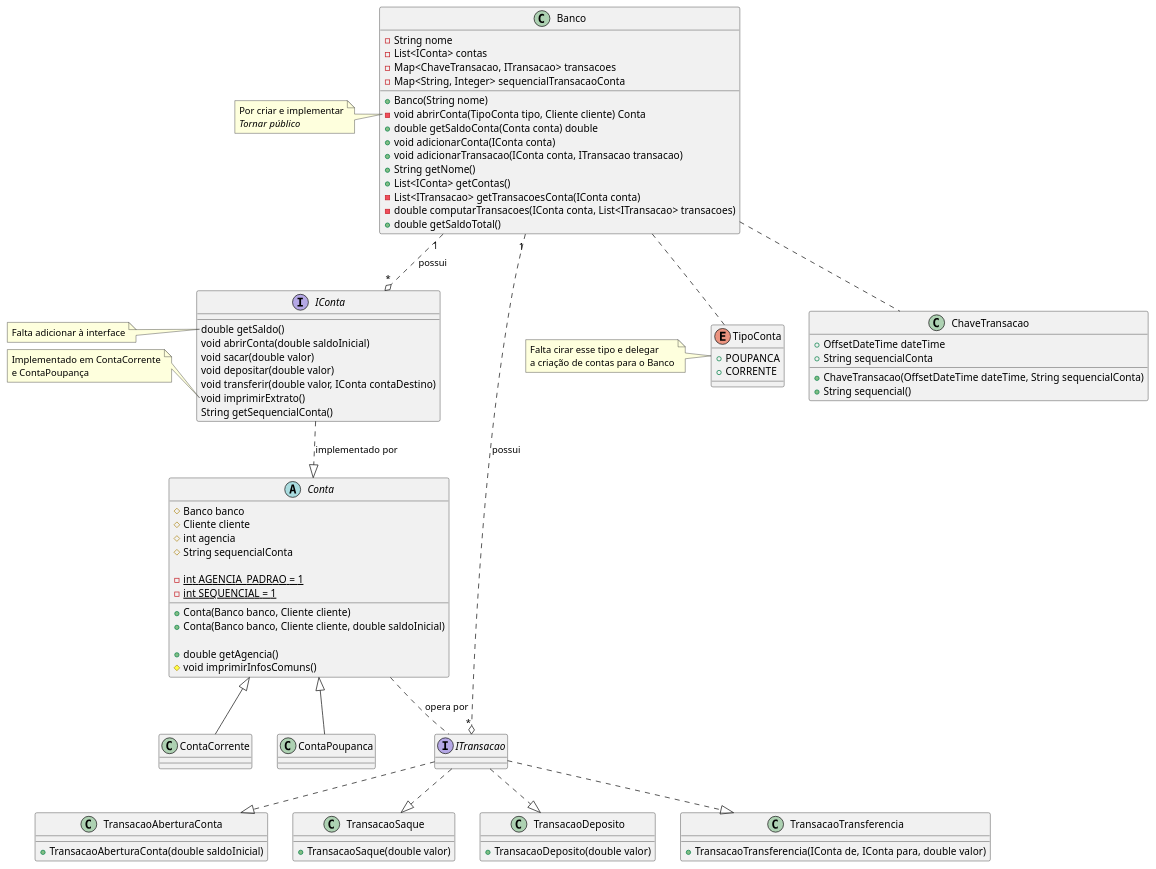
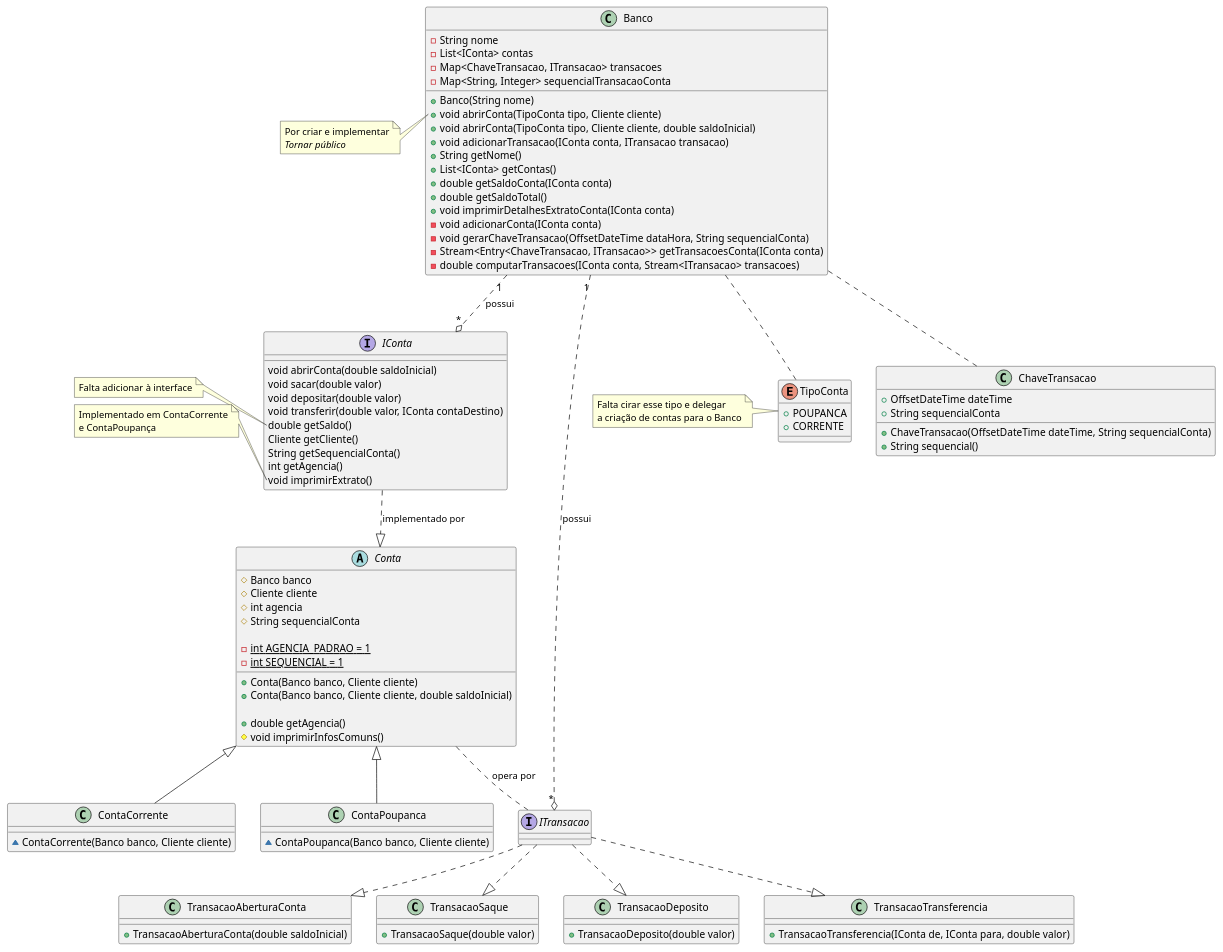
The diagram in dia-class.puml (rogersanctus/dio-java-lab-banco-digital), drawn with PlantUML before and after one commit.

Commit message:
Atualiza o diagrama de classes

```diff
--- a/dia-class.puml
+++ b/dia-class.puml
@@ -1,126 +1,131 @@
 @startuml
 /'
 Diagrama de classes em PlantUML: https://plantuml.com/starting
 '/
 
   interface IConta {
-    double getSaldo()
     void abrirConta(double saldoInicial)
     void sacar(double valor)
     void depositar(double valor)
     void transferir(double valor, IConta contaDestino)
+    double getSaldo()
+    Cliente getCliente()
+    String getSequencialConta()
+    int getAgencia()
     void imprimirExtrato()
-    String getSequencialConta()
   }
 
   note left of IConta::getSaldo
   Falta adicionar à interface
   end note
 
   note left of IConta::imprimirExtrato
   Implementado em ContaCorrente
   e ContaPoupança
   end note
 
   abstract class Conta {
     # Banco banco
     # Cliente cliente
     # int agencia
     # String sequencialConta
 
     - {static} int AGENCIA_PADRAO = 1
     - {static} int SEQUENCIAL = 1
 
     + Conta(Banco banco, Cliente cliente)
     + Conta(Banco banco, Cliente cliente, double saldoInicial)
 
     + double getAgencia()
     # void imprimirInfosComuns()
   }
 
   class ContaCorrente {
-
+    ~ ContaCorrente(Banco banco, Cliente cliente)
   }
 
   class ContaPoupanca {
-
+    ~ ContaPoupanca(Banco banco, Cliente cliente)
   }
 
   enum TipoConta {
     + POUPANCA
     + CORRENTE
   }
 
   note left of TipoConta
   Falta cirar esse tipo e delegar
   a criação de contas para o Banco
   end note
 
   class Banco {
     - String nome
     - List<IConta> contas
     - Map<ChaveTransacao, ITransacao> transacoes
     - Map<String, Integer> sequencialTransacaoConta
 
     + Banco(String nome)
-    - void abrirConta(TipoConta tipo, Cliente cliente) Conta
-    + double getSaldoConta(Conta conta) double
-    + void adicionarConta(IConta conta)
+    + void abrirConta(TipoConta tipo, Cliente cliente)
+    + void abrirConta(TipoConta tipo, Cliente cliente, double saldoInicial)
     + void adicionarTransacao(IConta conta, ITransacao transacao)
     + String getNome()
     + List<IConta> getContas()
-    - List<ITransacao> getTransacoesConta(IConta conta)
-    - double computarTransacoes(IConta conta, List<ITransacao> transacoes)
+    + double getSaldoConta(IConta conta)
     + double getSaldoTotal()
+    + void imprimirDetalhesExtratoConta(IConta conta)
+    - void adicionarConta(IConta conta)
+    - void gerarChaveTransacao(OffsetDateTime dataHora, String sequencialConta)
+    - Stream<Entry<ChaveTransacao, ITransacao>> getTransacoesConta(IConta conta)
+    - double computarTransacoes(IConta conta, Stream<ITransacao> transacoes)
   }
 
   note left of Banco::abrirConta
   Por criar e implementar
   <i>Tornar público</i>
   end note
 
   interface ITransacao {
   }
 
   class TransacaoAberturaConta {
     + TransacaoAberturaConta(double saldoInicial)
   }
 
   class TransacaoSaque {
     + TransacaoSaque(double valor)
   }
 
   class TransacaoDeposito {
     + TransacaoDeposito(double valor)
   }
 
   class TransacaoTransferencia {
     + TransacaoTransferencia(IConta de, IConta para, double valor)
   }
 
   class ChaveTransacao {
     + OffsetDateTime dateTime
     + String sequencialConta
 
     + ChaveTransacao(OffsetDateTime dateTime, String sequencialConta)
     + String sequencial()
   }
 
   IConta ..|> Conta: implementado por
 
   Banco "1" ..o "*" IConta: possui
   Banco .. TipoConta
   Banco "1" ..o "*" ITransacao: possui
   Banco .. ChaveTransacao
 
   Conta <|-- ContaCorrente
   Conta <|-- ContaPoupanca
 
   ITransacao ..|> TransacaoAberturaConta
   ITransacao ..|> TransacaoSaque
   ITransacao ..|> TransacaoDeposito
   ITransacao ..|> TransacaoTransferencia
 
   Conta .. ITransacao: opera por
 
 @enduml
```
